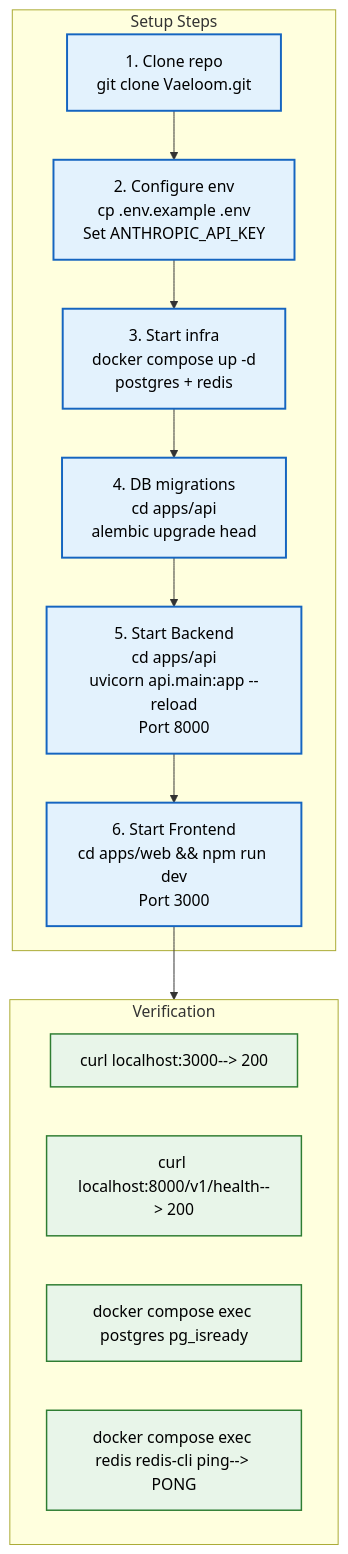
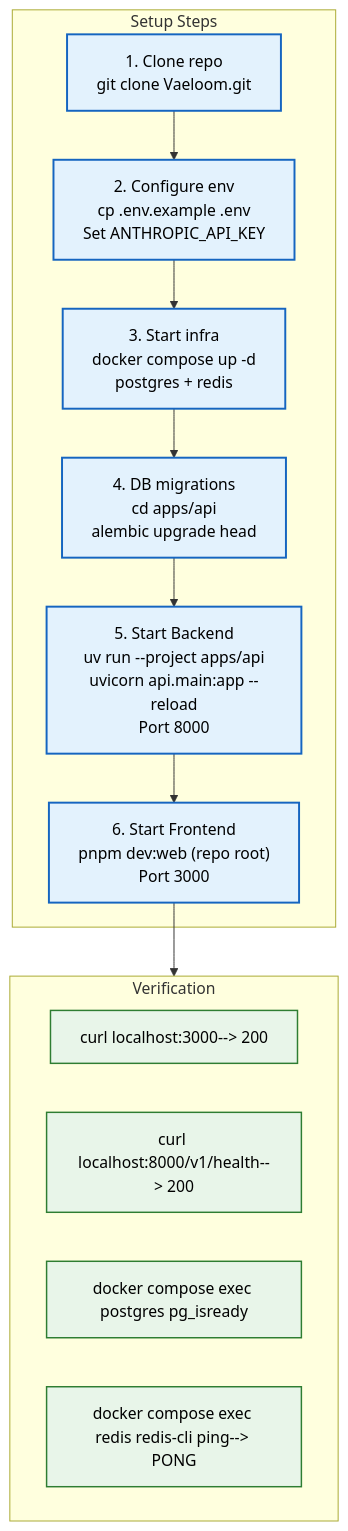
One commit to Driftloom/Vaeloom changed the diagram in docs/developer-experience/Setup.md. Above: the diagram before and after it, drawn with Mermaid. The commit also changed other lines of this file and 47 other files, not shown here.

````diff
--- a/docs/developer-experience/Setup.md
+++ b/docs/developer-experience/Setup.md
@@ -11,26 +11,26 @@
 ```mermaid
 graph TD
  classDef step fill:#e3f2fd,stroke:#1565c0,color:#000,stroke-width:2px
  classDef verify fill:#e8f5e9,stroke:#2e7d32,color:#000,stroke-width:1.5px
 
  subgraph Steps["Setup Steps"]
  S1["1. Clone repo<br/>git clone Vaeloom.git"]
  S2["2. Configure env<br/>cp .env.example .env<br/>Set ANTHROPIC_API_KEY"]
  S3["3. Start infra<br/>docker compose up -d<br/>postgres + redis"]
  S4["4. DB migrations<br/>cd apps/api<br/>alembic upgrade head"]
- S5["5. Start Backend<br/>cd apps/api<br/>uvicorn api.main:app --reload<br/>Port 8000"]
- S6["6. Start Frontend<br/>cd apps/web && npm run dev<br/>Port 3000"]
+  S5["5. Start Backend<br/>uv run --project apps/api<br/>uvicorn api.main:app --reload<br/>Port 8000"]
+  S6["6. Start Frontend<br/>pnpm dev:web (repo root)<br/>Port 3000"]
  end
 
  subgraph Verify["Verification"]
  V1["curl localhost:3000--> 200"]
  V2["curl localhost:8000/v1/health--> 200"]
  V3["docker compose exec postgres pg_isready"]
  V4["docker compose exec redis redis-cli ping--> PONG"]
  end
 
  S1--> S2--> S3--> S4--> S5--> S6--> Verify
 
  class S1,S2,S3,S4,S5,S6 step
  class V1,V2,V3,V4 verify
 ```
````
